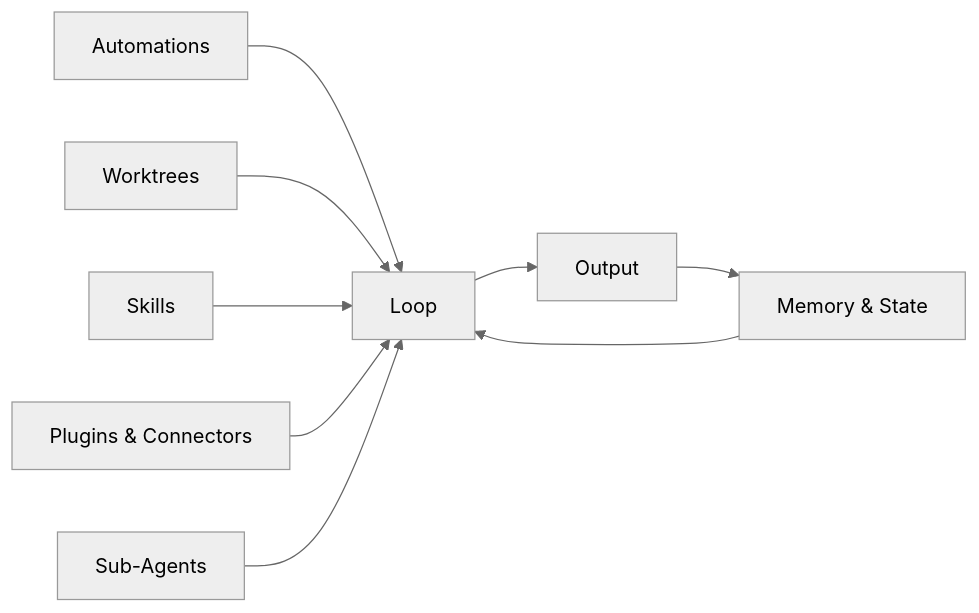
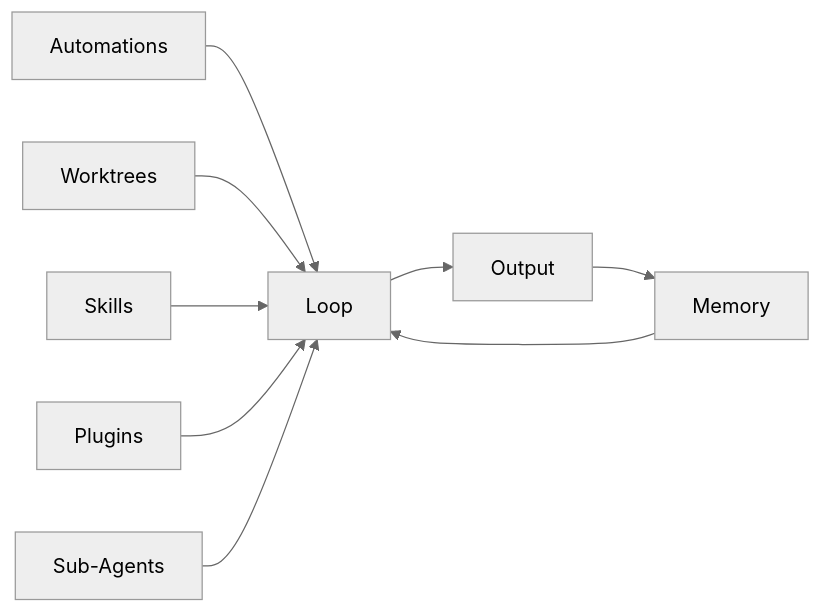
The second of 2 diagrams in README.md (mdayan8/everything-about-loop-engineering), drawn with Mermaid (neutral theme) before and after one commit. The commit also changed other lines of this file and 22 other files, not shown here.

````diff
--- a/README.md
+++ b/README.md
@@ -252,11 +271,11 @@
 ```mermaid
 flowchart LR
     A[Automations] --> L[Loop]
     B[Worktrees] --> L
     C[Skills] --> L
-    D[Plugins & Connectors] --> L
+    D[Plugins] --> L
     E[Sub-Agents] --> L
-    F[Memory & State] --> L
+    F[Memory] --> L
     L --> O[Output]
     O --> F
 ```
````
